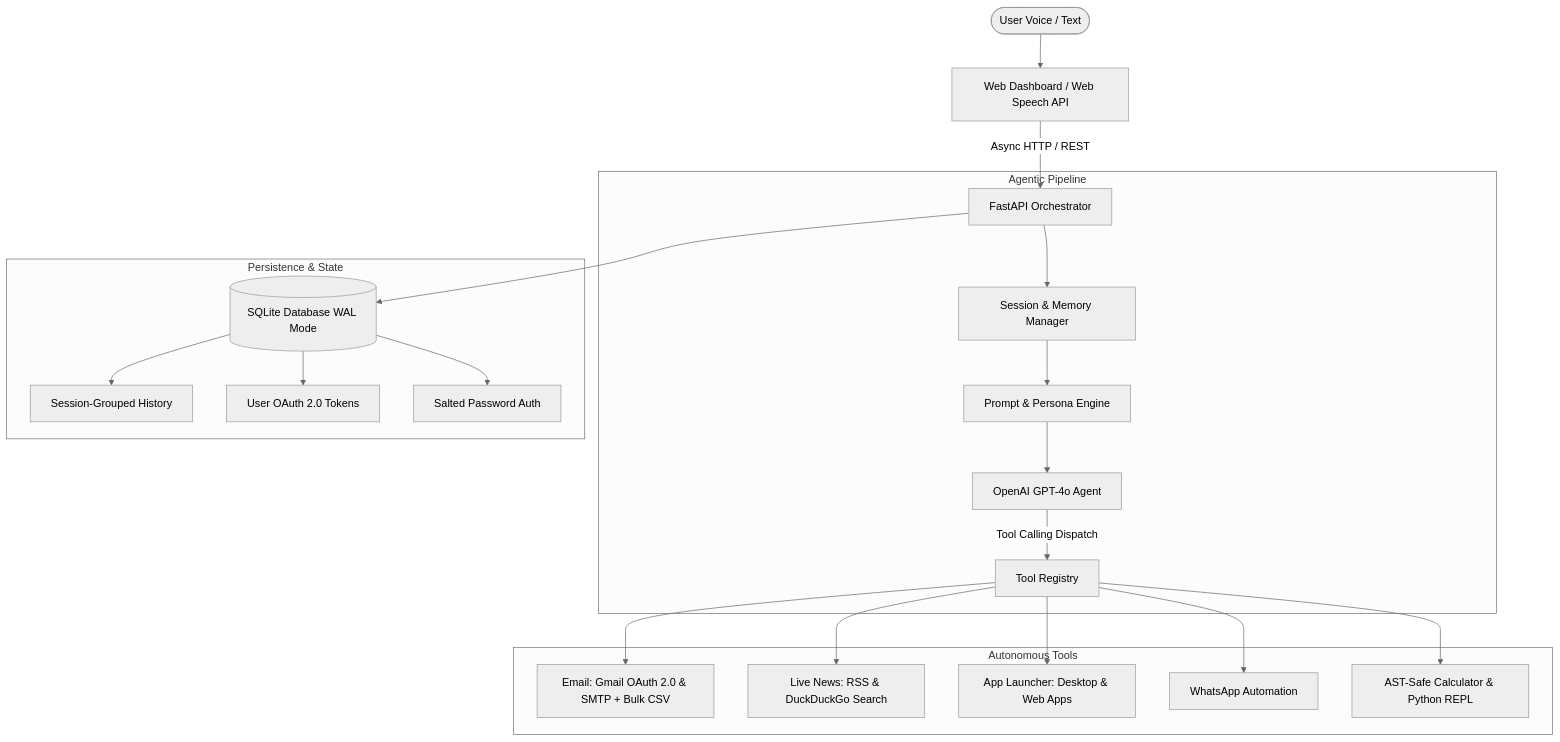
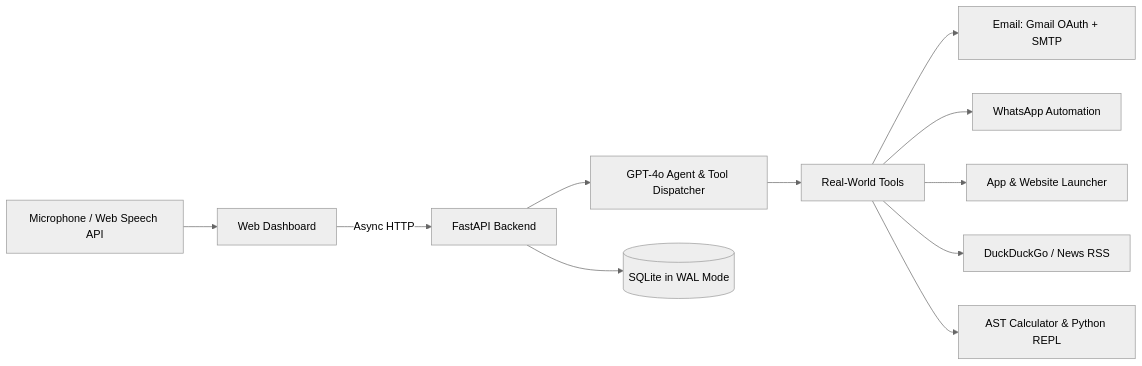
The diagram in README.md (keshav045/voice-assistant), drawn with Mermaid (neutral theme) before and after one commit. The commit also changed other lines of this file, not shown here.

````diff
--- a/README.md
+++ b/README.md
@@ -18,27 +65,15 @@
 ```mermaid
-flowchart TD
-    User([User Voice / Text]) --> UI[Web Dashboard / Web Speech API]
-    UI -->|Async HTTP / REST| API[FastAPI Orchestrator]
+flowchart LR
+    Mic[Microphone / Web Speech API] --> WebUI[Web Dashboard]
+    WebUI -->|Async HTTP| FastAPI[FastAPI Backend]
+    FastAPI --> Agent[GPT-4o Agent & Tool Dispatcher]
+    Agent --> Tools[Real-World Tools]
     
-    subgraph Agentic Pipeline
-        API --> Session[Session & Memory Manager]
-        Session --> PromptEngine[Prompt & Persona Engine]
-        PromptEngine --> LLM[OpenAI GPT-4o Agent]
-        LLM -->|Tool Calling Dispatch| Tools[Tool Registry]
-    end
-
-    subgraph Autonomous Tools
-        Tools --> ToolEmail[Email: Gmail OAuth 2.0 & SMTP + Bulk CSV]
-        Tools --> ToolNews[Live News: RSS & DuckDuckGo Search]
-        Tools --> ToolApps[App Launcher: Desktop & Web Apps]
-        Tools --> ToolWhatsApp[WhatsApp Automation]
-        Tools --> ToolMath[AST-Safe Calculator & Python REPL]
-    end
-
-    subgraph Persistence & State
-        API --> DB[(SQLite Database WAL Mode)]
-        DB --> SessionsTab[Session-Grouped History]
-        DB --> OAuthTokens[User OAuth 2.0 Tokens]
-        DB --> Users[Salted Password Auth]
-    end
+    Tools --> Tool1[Email: Gmail OAuth + SMTP]
+    Tools --> Tool2[WhatsApp Automation]
+    Tools --> Tool3[App & Website Launcher]
+    Tools --> Tool4[DuckDuckGo / News RSS]
+    Tools --> Tool5[AST Calculator & Python REPL]
+    
+    FastAPI --> DB[(SQLite in WAL Mode)]
 ```
````
